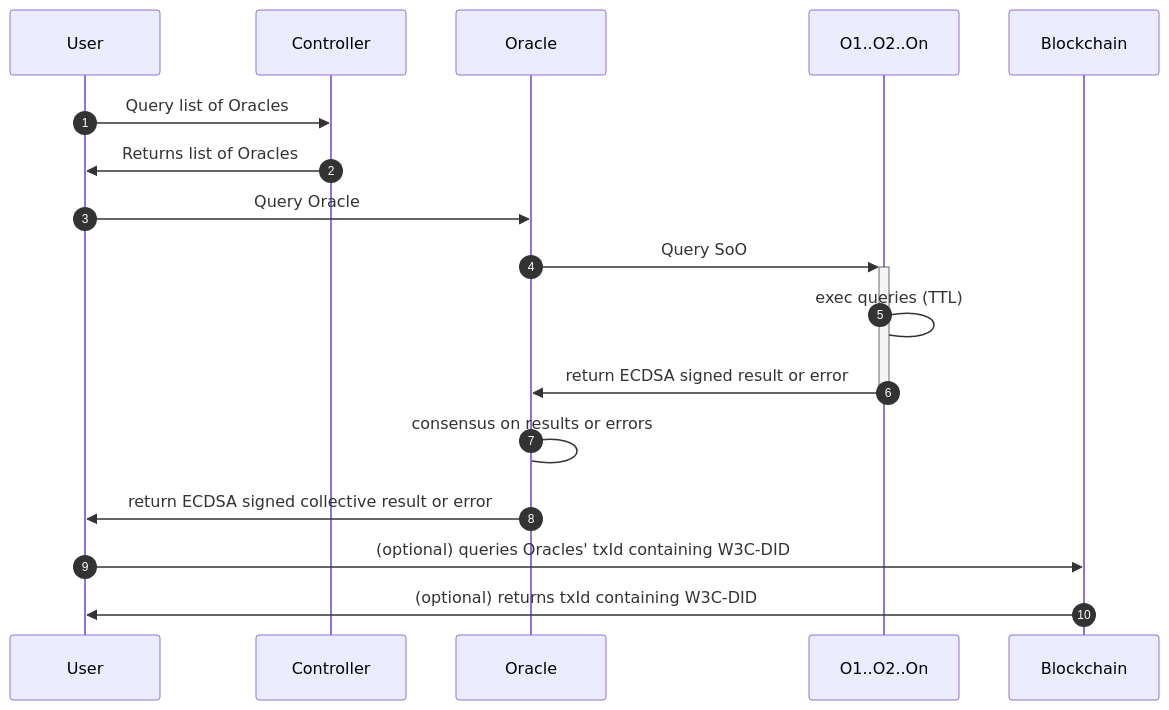
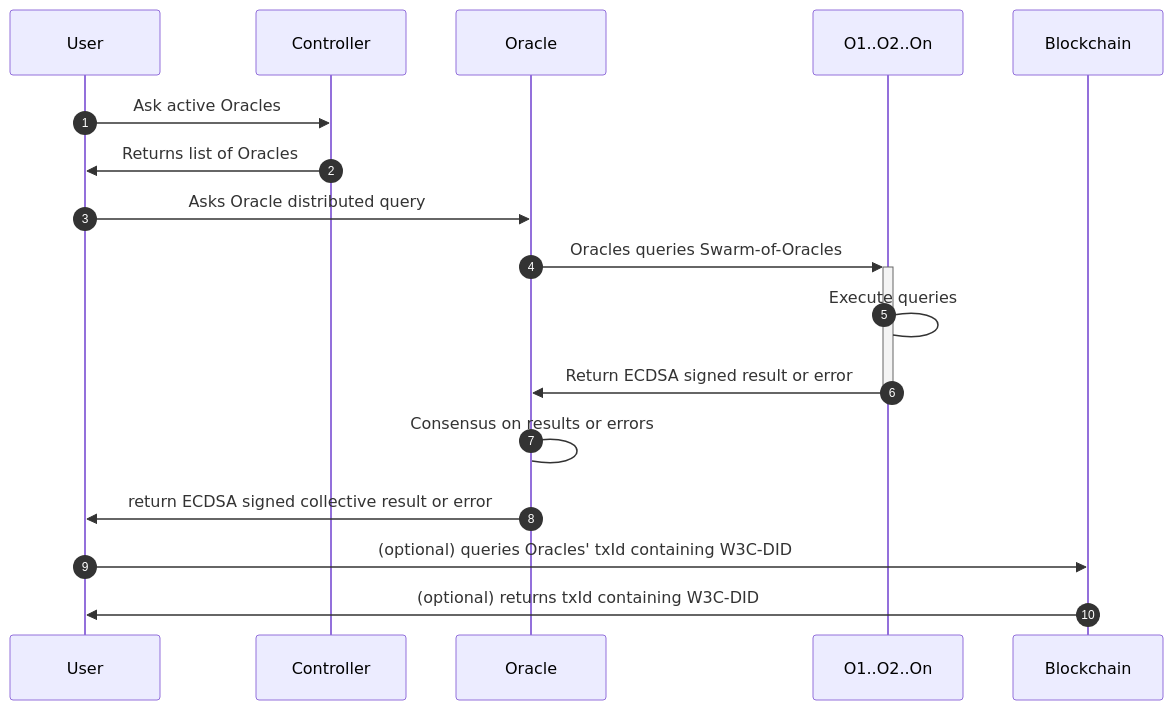
One commit to dyne/zenswarm changed the third of 4 diagrams in README.md. Above: the diagram before and after it, drawn with Mermaid. The commit also changed other lines of this file, not shown here.

First line of the commit message:
update diagrams

````diff
--- a/README.md
+++ b/README.md
@@ -173,21 +161,21 @@
 ```mermaid
 sequenceDiagram
 autonumber
   participant U as User
   participant I as Controller
   participant O as Oracle
   participant V as O1..O2..On
   participant B as Blockchain
   
   
-  U->>I: Query list of Oracles
+  U->>I: Ask active Oracles
   I->>U: Returns list of Oracles
-  U->>O: Query Oracle
-  O->>+V: Query SoO
-  V->V: exec queries (TTL)
-  V->>-O: return ECDSA signed result or error
-  O->O: consensus on results or errors
+  U->>O: Asks Oracle distributed query
+  O->>+V: Oracles queries Swarm-of-Oracles
+  V->V: Execute queries 
+  V->>-O: Return ECDSA signed result or error
+  O->O: Consensus on results or errors
   O->>U: return ECDSA signed collective result or error
   U->>B: (optional) queries Oracles' txId containing W3C-DID
   B->>U: (optional) returns txId containing W3C-DID
 ```
````
